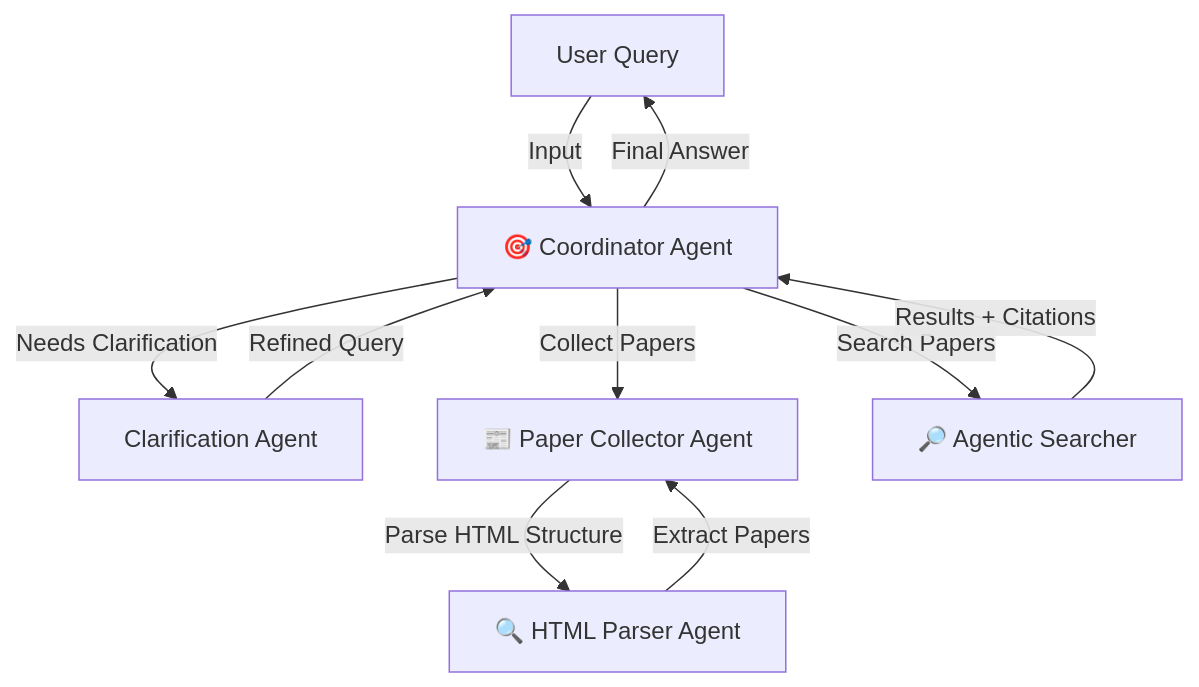
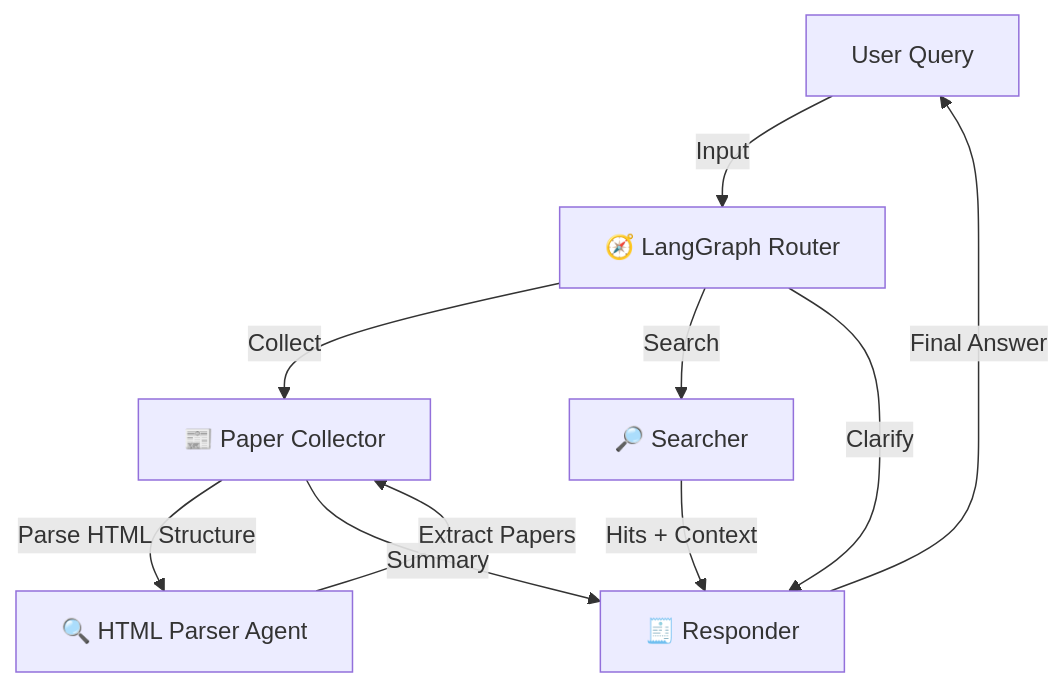
The first of 3 diagrams in README.md (Yatogaii/PersonalAcadamicAgent), drawn with Mermaid before and after one commit. The commit also changed other lines of this file, not shown here.

Commit message:
docs: update architecture to langgraph

````diff
--- a/README.md
+++ b/README.md
@@ -9,19 +9,19 @@
 ```mermaid
 graph TD
     User["User Query"]
-    Coordinator["🎯 Coordinator Agent"]
-    Clarifier["Clarification Agent"]
-    Collector["📰 Paper Collector Agent"]
+    Router["🧭 LangGraph Router"]
+    Collector["📰 Paper Collector"]
     HTMLParser["🔍 HTML Parser Agent"]
-    Searcher["🔎 Agentic Searcher"]
+    Searcher["🔎 Searcher"]
+    Responder["🧾 Responder"]
     
-    User -->|Input| Coordinator
-    Coordinator -->|Needs Clarification| Clarifier
-    Clarifier -->|Refined Query| Coordinator
-    Coordinator -->|Collect Papers| Collector
+    User -->|Input| Router
+    Router -->|Collect| Collector
     Collector -->|Parse HTML Structure| HTMLParser
     HTMLParser -->|Extract Papers| Collector
-    Coordinator -->|Search Papers| Searcher
-    Searcher -->|Results + Citations| Coordinator
-    Coordinator -->|Final Answer| User
+    Router -->|Search| Searcher
+    Searcher -->|Hits + Context| Responder
+    Router -->|Clarify| Responder
+    Collector -->|Summary| Responder
+    Responder -->|Final Answer| User
 ```
````
